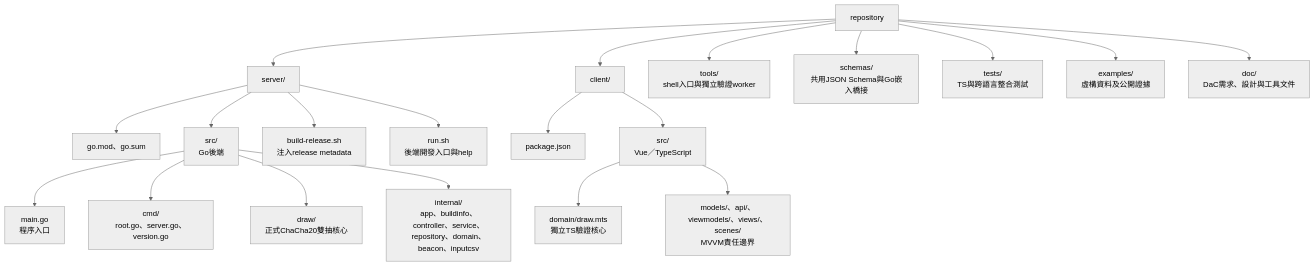
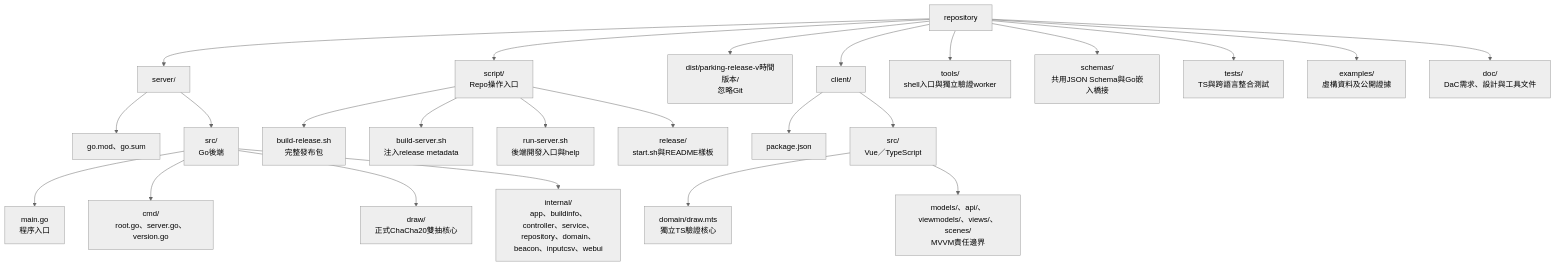
One commit to Minazuki/parking changed the diagram in doc/architecture/repository-layout.md. Above: the diagram before and after it, drawn with Mermaid (neutral theme). The commit also changed 76 other files, not shown here.

````diff
--- a/doc/architecture/repository-layout.md
+++ b/doc/architecture/repository-layout.md
@@ -7,22 +7,26 @@
 ```mermaid
 flowchart TD
     root["repository"] --> server["server/"]
     server --> gomod["go.mod、go.sum"]
     server --> serverSrc["src/<br/>Go後端"]
     serverSrc --> main["main.go<br/>程序入口"]
     serverSrc --> cmd["cmd/<br/>root.go、server.go、version.go"]
     serverSrc --> draw["draw/<br/>正式ChaCha20雙抽核心"]
-    serverSrc --> internal["internal/<br/>app、buildinfo、controller、service、repository、domain、beacon、inputcsv"]
-    server --> build["build-release.sh<br/>注入release metadata"]
-    server --> run["run.sh<br/>後端開發入口與help"]
+    serverSrc --> internal["internal/<br/>app、buildinfo、controller、service、repository、domain、beacon、inputcsv、webui"]
+    root --> script["script/<br/>Repo操作入口"]
+    script --> build["build-release.sh<br/>完整發布包"]
+    script --> helper["build-server.sh<br/>注入release metadata"]
+    script --> run["run-server.sh<br/>後端開發入口與help"]
+    script --> templates["release/<br/>start.sh與README樣板"]
+    root --> dist["dist/parking-release-v時間版本/<br/>忽略Git"]
     root --> client["client/"]
     client --> clientPkg["package.json"]
     client --> clientSrc["src/<br/>Vue／TypeScript"]
     clientSrc --> domain["domain/draw.mts<br/>獨立TS驗證核心"]
     clientSrc --> mvvm["models/、api/、viewmodels/、views/、scenes/<br/>MVVM責任邊界"]
     root --> tools["tools/<br/>shell入口與獨立驗證worker"]
     root --> schemas["schemas/<br/>共用JSON Schema與Go嵌入橋接"]
     root --> tests["tests/<br/>TS與跨語言整合測試"]
     root --> examples["examples/<br/>虛構資料及公開證據"]
     root --> docs["doc/<br/>DaC需求、設計與工具文件"]
 ```
````
